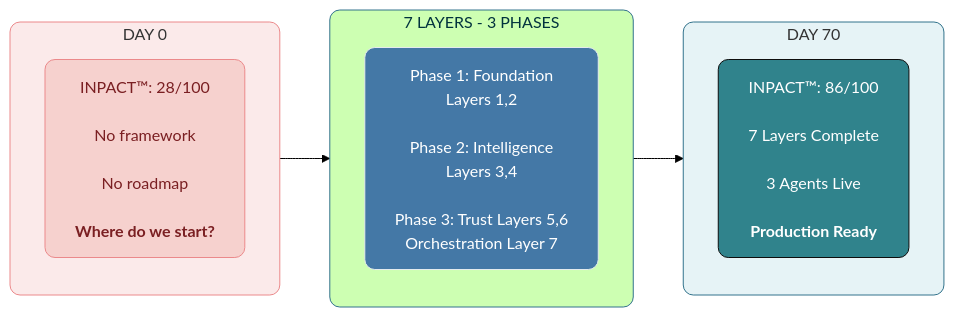
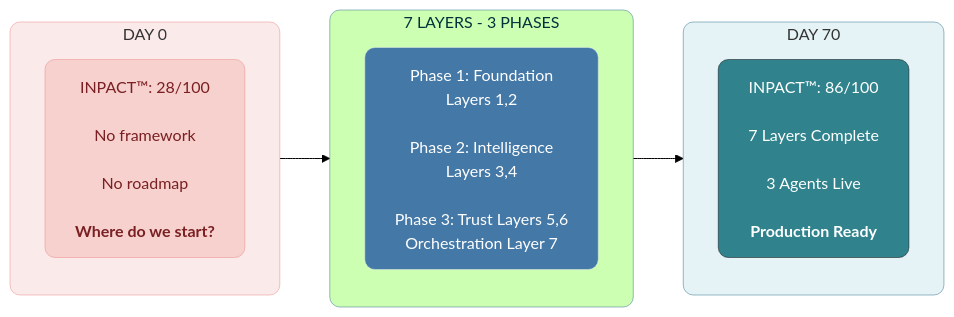
The first of 4 diagrams in manuscript/04_chapter_3_from_bi_to_agent.md (saitejesh-cyber/trust-before-intelligence-book), drawn with Mermaid (forest theme) before and after one commit. The commit also changed other lines of this file and 12 other files, not shown here.

Commit message:
Update stroke width to 0.5px instead of 1px to all the diagrams

````diff
--- a/manuscript/04_chapter_3_from_bi_to_agent.md
+++ b/manuscript/04_chapter_3_from_bi_to_agent.md
@@ -6,28 +6,28 @@
 ```mermaid
 
 graph LR
     subgraph BEFORE["DAY 0"]
         direction TB
         B1["INPACT™: 28/100<br/><br/>No framework<br/><br/>No roadmap<br/><br/><b>Where do we start?</b>"]
     end
     
     subgraph PHASES["7 LAYERS - 3 PHASES"]
         direction TB
         P1["Phase 1: Foundation<br/>Layers 1,2<br/><br/>Phase 2: Intelligence<br/>Layers 3,4<br/><br/>Phase 3: Trust Layers 5,6<br/> Orchestration Layer 7"]
     end
     
     subgraph AFTER["DAY 70"]
         direction TB
         A1["INPACT™: 86/100<br/><br/>7 Layers Complete<br/><br/>3 Agents Live<br/><br/><b>Production Ready</b>"]
     end
     
     BEFORE --> PHASES --> AFTER
 
-    style BEFORE fill:#FBEAEA,stroke:#EB898B,stroke-width:1px,rx:10,ry:10
-    style B1 fill:#F6D1CE,stroke:#EB898B,stroke-width:1px,color:#7A1F22,rx:10,ry:10
-    style PHASES fill:##E6F3F6,stroke:#32738C,stroke-width:1px,color:#00323D,rx:10,ry:10
-    style P1 fill:#4478A6,stroke:#e4ebed,stroke-width:1px,color:#FFFFFF,rx:10,ry:10
-    style AFTER fill:#E6F3F6,stroke:#32738C,stroke-width:1px,rx:10,ry:10
-    style A1 fill:#30838C,stroke:#0D0D0D,stroke-width:1px,color:#ffffff,rx:10,ry:10
+    style BEFORE fill:#FBEAEA,stroke:#EB898B,stroke-width:0.5px,rx:10,ry:10
+    style B1 fill:#F6D1CE,stroke:#EB898B,stroke-width:0.5px,color:#7A1F22,rx:10,ry:10
+    style PHASES fill:##E6F3F6,stroke:#32738C,stroke-width:0.5px,color:#00323D,rx:10,ry:10
+    style P1 fill:#4478A6,stroke:#e4ebed,stroke-width:0.5px,color:#FFFFFF,rx:10,ry:10
+    style AFTER fill:#E6F3F6,stroke:#32738C,stroke-width:0.5px,rx:10,ry:10
+    style A1 fill:#30838C,stroke:#0D0D0D,stroke-width:0.5px,color:#ffffff,rx:10,ry:10
 
 ```
````
